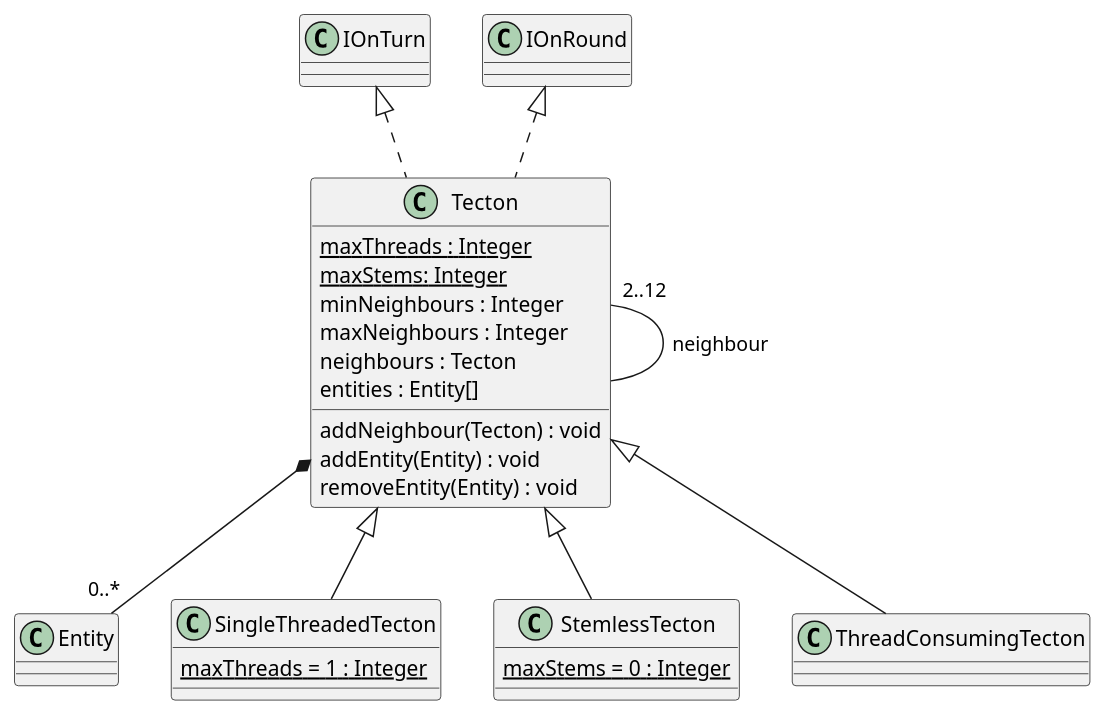
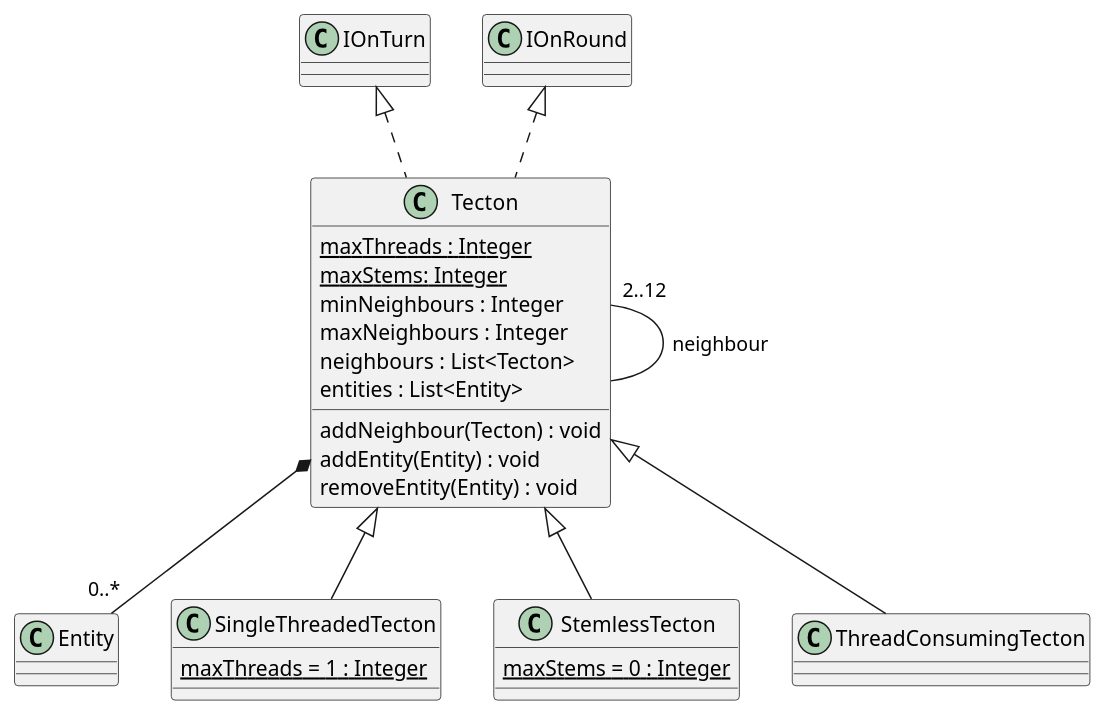
The diagram in 3/classes/tecton.puml (Petya-G/fungorium), drawn with PlantUML before and after one commit. The commit also changed 6 other files, not shown here.

```diff
--- a/3/classes/tecton.puml
+++ b/3/classes/tecton.puml
@@ -1,41 +1,41 @@
 @startuml tecton
   IOnTurn <|.. Tecton 
   IOnRound <|.. Tecton 
   Tecton "2..12" -- Tecton : neighbour
   Tecton *-- "0..*" Entity
   class Tecton {
     {static} maxThreads : Integer
     {static} maxStems: Integer
     minNeighbours : Integer
     maxNeighbours : Integer
-    neighbours : Tecton
-    entities : Entity[]
+    neighbours : List<Tecton>
+    entities : List<Entity>
 
     addNeighbour(Tecton) : void
     addEntity(Entity) : void
     removeEntity(Entity) : void
   }
 
   'Tecton *-- "0..1" MushroomStem 
   'Tecton *-- "0..*" MushroomThread
   
   'SingleThreadedTecton *-- "0..1" MushroomStem
   'SingleThreadedTecton "2" *-- "0..1" MushroomThread
   Tecton <|-- SingleThreadedTecton
   class SingleThreadedTecton {
     {static} maxThreads = 1 : Integer
   }
 
 
   'BodylessTecton "2" *-- "0..*" MushroomThread
   Tecton <|-- StemlessTecton
   class StemlessTecton {
     {static} maxStems = 0 : Integer
   }
 
   ' ThreadConsumingTecton *-- "0..1" MushroomStem
   'ThreadConsumingTecton "2" *-- "0..*" MushroomThread
   Tecton <|-- ThreadConsumingTecton
   class ThreadConsumingTecton {
   }
 @enduml
```
